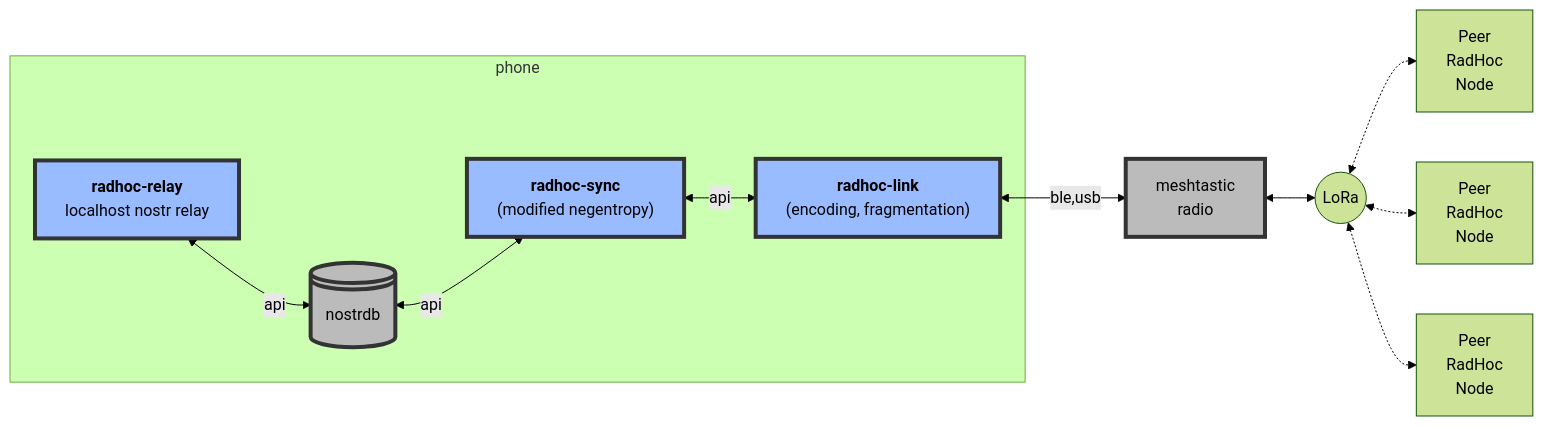
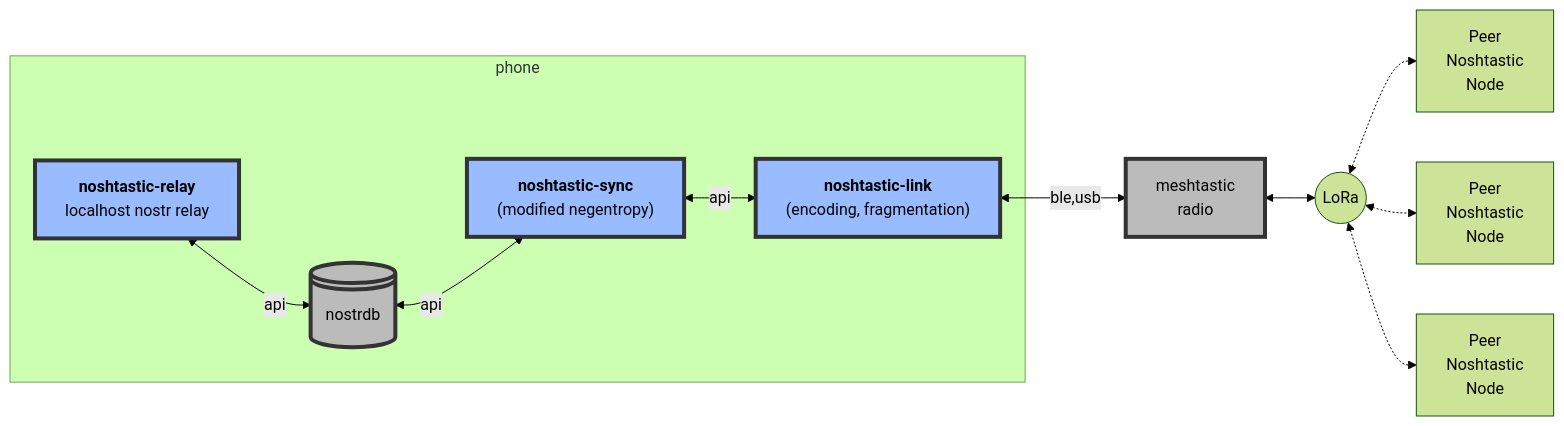
One commit to ksedgwic/noshtastic changed the diagram in README.md. Above: the diagram before and after it, drawn with Mermaid (forest theme). The commit also changed other lines of this file, not shown here.

Commit message:
rename to noshtastic

````diff
--- a/README.md
+++ b/README.md
@@ -3,57 +5,57 @@
 ```mermaid
 flowchart LR
-   RELAY["`**radhoc-relay**
+   RELAY["`**noshtastic-relay**
    localhost nostr relay`"]
    style RELAY fill:#9bf,stroke:#333,stroke-width:4px
 
    GHOST1[ ]
    style GHOST1 fill:none,stroke:none
 
    GHOST2[ ]
    style GHOST2 fill:none,stroke:none
 
    NOSTRDB@{ shape: lin-cyl, label: "nostrdb" }
    style NOSTRDB fill:#bbb,stroke:#333,stroke-width:4px
 
-   SYNC["`**radhoc-sync**
+   SYNC["`**noshtastic-sync**
    (modified negentropy)`"]
    style SYNC fill:#9bf,stroke:#333,stroke-width:4px
 
-   LINK["`**radhoc-link**
+   LINK["`**noshtastic-link**
    (encoding, fragmentation)`"]
    style LINK fill:#9bf,stroke:#333,stroke-width:4px
 
    MESH["`meshtastic
    radio`"]
    style MESH fill:#bbb,stroke:#333,stroke-width:4px
 
    LORA(("`LoRa`"))
 
    PEER0["`Peer
-   RadHoc
+   Noshtastic
    Node`"]
 
    PEER1["`Peer
-   RadHoc
+   Noshtastic
    Node`"]
 
    PEER2["`Peer
-   RadHoc
+   Noshtastic
    Node`"]
 
    subgraph phone
    RELAY ~~~ GHOST1
    RELAY ~~~ GHOST2
    RELAY<-->|api|NOSTRDB
    GHOST1 ~~~ SYNC
    GHOST2 ~~~ SYNC
    NOSTRDB<-->|api|SYNC
    SYNC<-->|api|LINK
    end
 
    LINK<-->|ble,usb|MESH
    MESH<-->LORA
    LORA<-.->PEER0
    LORA<-.->PEER1
    LORA<-.->PEER2
 ```
````
